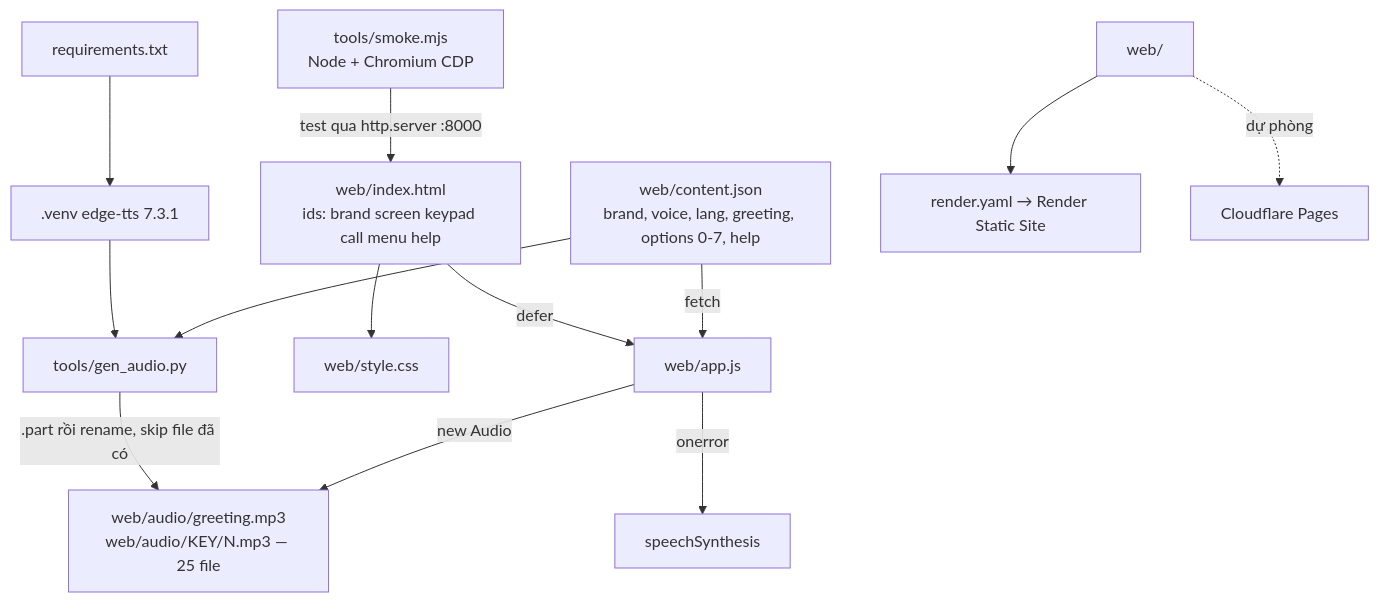
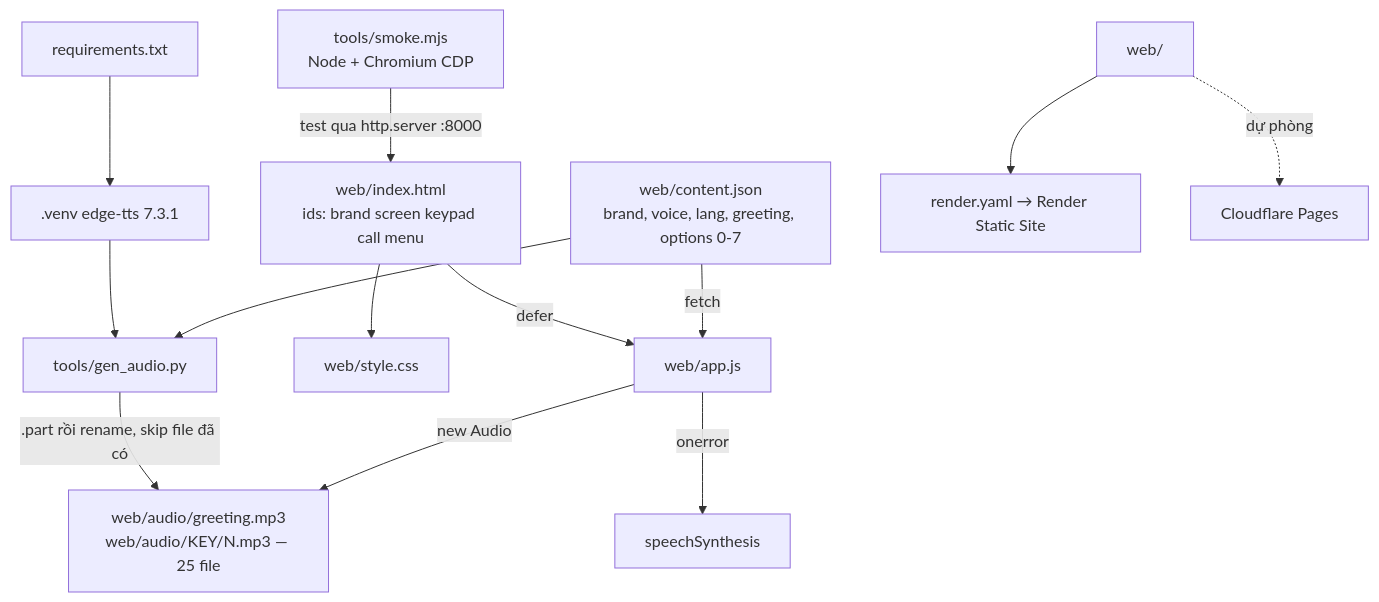
Before and after one commit to Rod-HD/duong-day-vui-ve: the diagram in .kiro/steering/codebase-graph.md, drawn with Mermaid. The commit also changed other lines of this file and 9 other files, not shown here.

````diff
--- a/.kiro/steering/codebase-graph.md
+++ b/.kiro/steering/codebase-graph.md
@@ -12,14 +12,14 @@
 ```mermaid
 graph TD
-    C[web/content.json<br/>brand, voice, lang, greeting, options 0-7, help] -->|fetch| A[web/app.js]
-    H[web/index.html<br/>ids: brand screen keypad call menu help] -->|defer| A
+    C[web/content.json<br/>brand, voice, lang, greeting, options 0-7] -->|fetch| A[web/app.js]
+    H[web/index.html<br/>ids: brand screen keypad call menu] -->|defer| A
     H --> S[web/style.css]
     A -->|new Audio| M[web/audio/greeting.mp3<br/>web/audio/KEY/N.mp3 — 25 file]
     A -->|onerror| T[speechSynthesis]
     C --> G[tools/gen_audio.py]
     REQ[requirements.txt] --> VENV[.venv edge-tts 7.3.1] --> G
     G -->|.part rồi rename, skip file đã có| M
     SM[tools/smoke.mjs<br/>Node + Chromium CDP] -->|test qua http.server :8000| H
     W[web/] --> R[render.yaml → Render Static Site]
     W -.dự phòng.-> CF[Cloudflare Pages]
 ```
````
